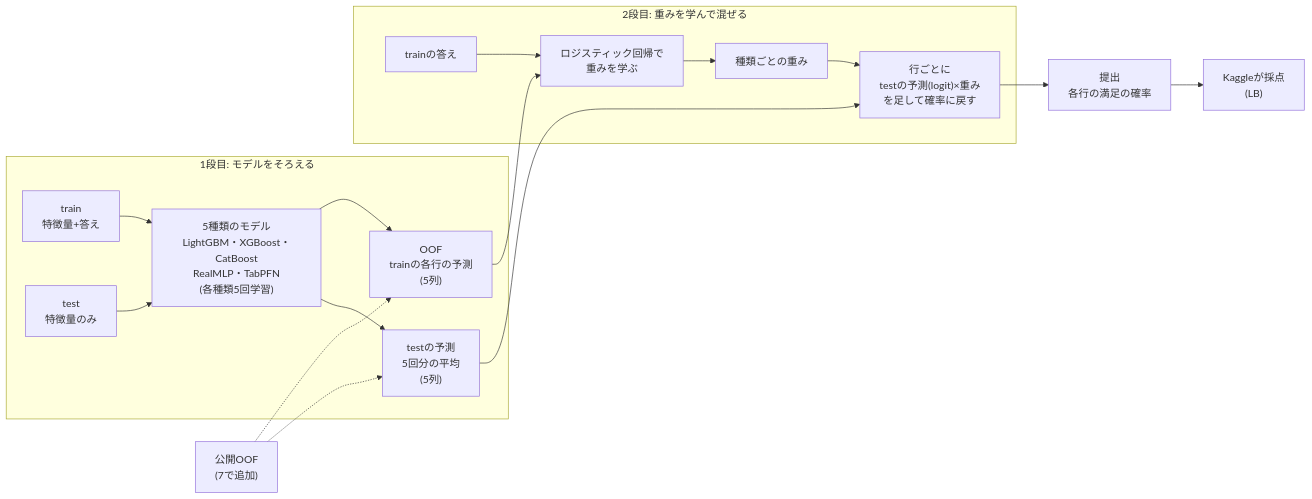
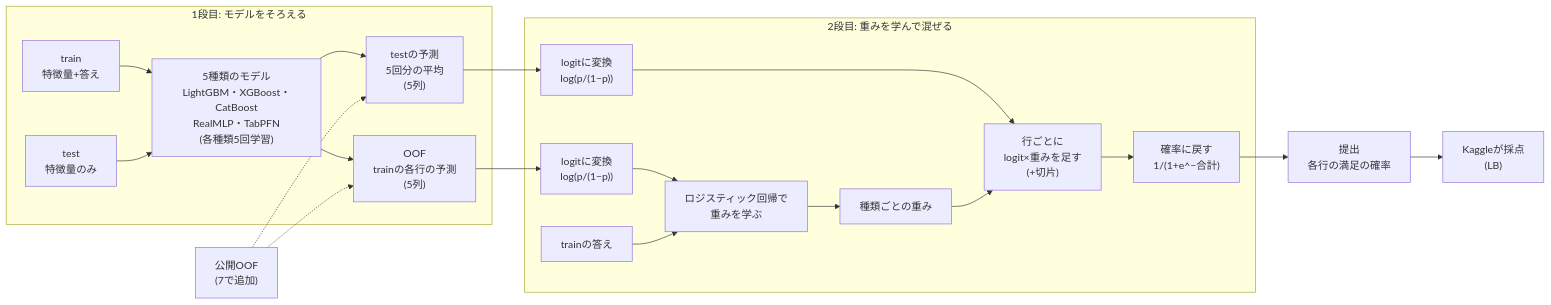
The diagram in README.md (aramaki5443-art/kaggle-s6e10-airline-satisfaction), drawn with Mermaid before and after one commit.

Commit message:
README diagram: show the logit conversion and the conversion back to probability
Claude-Session: https://claude.ai/code/session_01W4XQw12fApd9PttvvKTwbS

````diff
--- a/README.md
+++ b/README.md
@@ -133,19 +133,22 @@
 ```mermaid
 flowchart LR
   subgraph S1["1段目: モデルをそろえる"]
     TR["train<br>特徴量+答え"] --> M["5種類のモデル<br>LightGBM・XGBoost・CatBoost<br>RealMLP・TabPFN<br>(各種類5回学習)"]
     TE["test<br>特徴量のみ"] --> M
     M --> OOF["OOF<br>trainの各行の予測<br>(5列)"]
     M --> TP["testの予測<br>5回分の平均<br>(5列)"]
   end
   subgraph S2["2段目: 重みを学んで混ぜる"]
-    OOF --> LR["ロジスティック回帰で<br>重みを学ぶ"]
+    OOF --> LO1["logitに変換<br>log(p/(1−p))"]
+    LO1 --> LR["ロジスティック回帰で<br>重みを学ぶ"]
     Y["trainの答え"] --> LR
     LR --> W["種類ごとの重み"]
-    W --> MIX["行ごとに<br>testの予測(logit)×重み<br>を足して確率に戻す"]
-    TP --> MIX
+    TP --> LO2["logitに変換<br>log(p/(1−p))"]
+    LO2 --> MIX["行ごとに<br>logit×重みを足す<br>(+切片)"]
+    W --> MIX
+    MIX --> SIG["確率に戻す<br>1/(1+e^−合計)"]
   end
   PUB["公開OOF<br>(7で追加)"] -.-> OOF
   PUB -.-> TP
-  MIX --> SUB["提出<br>各行の満足の確率"] --> LB["Kaggleが採点<br>(LB)"]
+  SIG --> SUB["提出<br>各行の満足の確率"] --> LB["Kaggleが採点<br>(LB)"]
 ```
````
